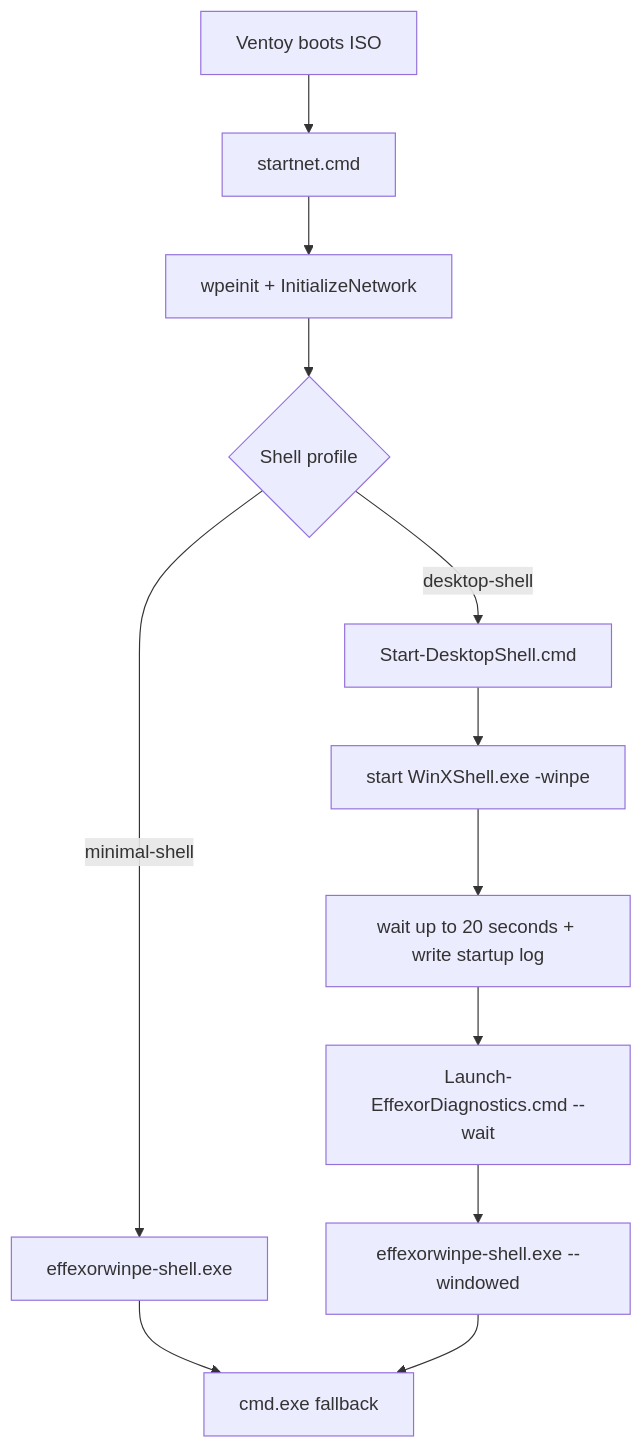
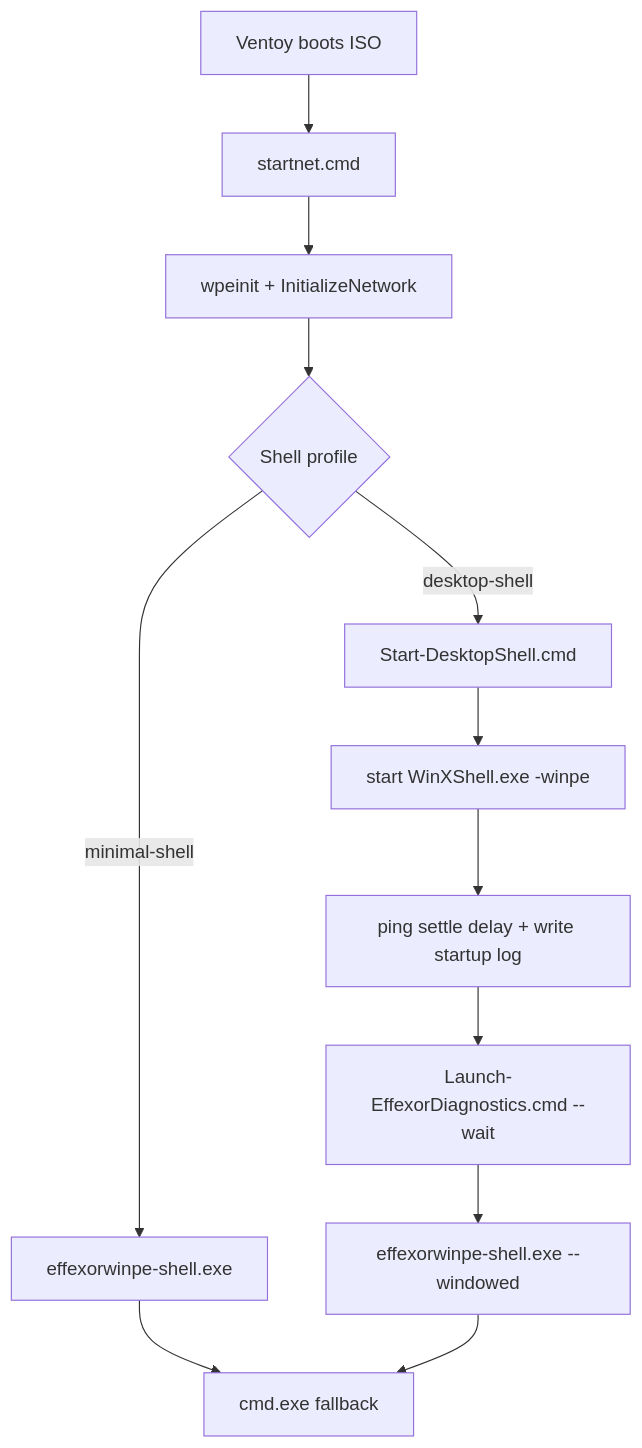
The diagram in docs/desktop-shell-spike-pr-body.md (effexorxruser/Effexor-WinDoctor), drawn with Mermaid before and after one commit. The commit also changed other lines of this file and 6 other files, not shown here.

````diff
--- a/docs/desktop-shell-spike-pr-body.md
+++ b/docs/desktop-shell-spike-pr-body.md
@@ -21,14 +21,14 @@
 ```mermaid
 flowchart TD
     A[Ventoy boots ISO] --> B[startnet.cmd]
     B --> C[wpeinit + InitializeNetwork]
     C --> D{Shell profile}
     D -->|minimal-shell| E[effexorwinpe-shell.exe]
     D -->|desktop-shell| F[Start-DesktopShell.cmd]
     F --> G[start WinXShell.exe -winpe]
-    G --> H[wait up to 20 seconds + write startup log]
+    G --> H[ping settle delay + write startup log]
     H --> I[Launch-EffexorDiagnostics.cmd --wait]
     I --> J[effexorwinpe-shell.exe --windowed]
     E --> K[cmd.exe fallback]
     J --> K
 ```
````
